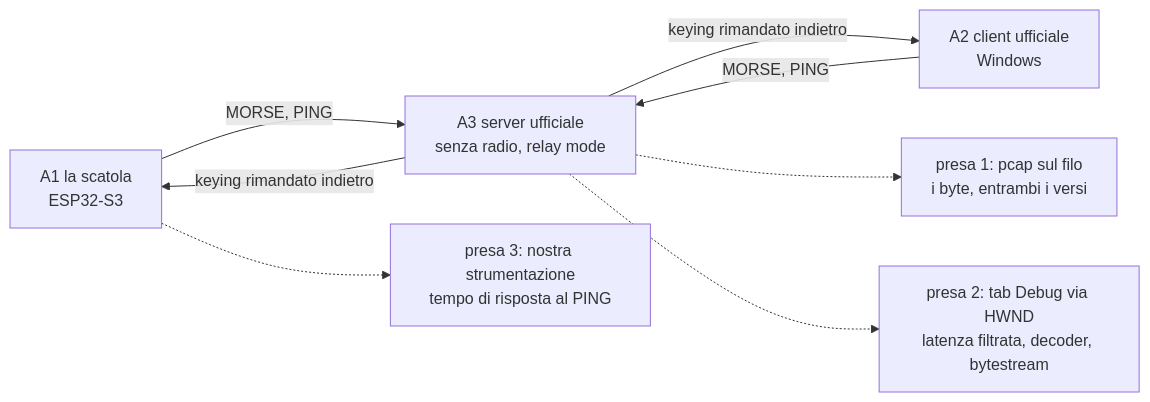
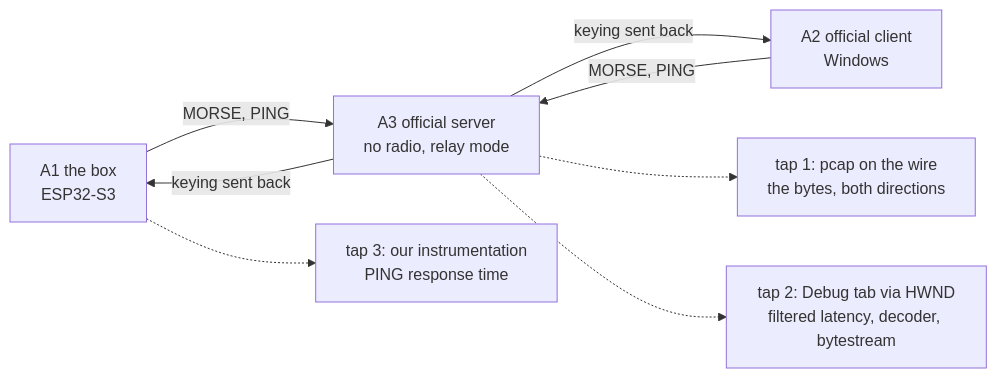
The diagram in docs/plans/2026-09-01-2157-feat-banco-prova-cwnet-plan.md (iu3qez/RemoteCWKeyer-esp32), drawn with Mermaid before and after one commit. The commit also changed other lines of this file and 31 other files, not shown here.

````diff
--- a/docs/plans/2026-09-01-2157-feat-banco-prova-cwnet-plan.md
+++ b/docs/plans/2026-09-01-2157-feat-banco-prova-cwnet-plan.md
@@ -90,19 +94,19 @@
 ```mermaid
 graph LR
-    BOX["A1 la scatola<br/>ESP32-S3"]
-    CLI["A2 client ufficiale<br/>Windows"]
-    SRV["A3 server ufficiale<br/>senza radio, relay mode"]
+    BOX["A1 the box<br/>ESP32-S3"]
+    CLI["A2 official client<br/>Windows"]
+    SRV["A3 official server<br/>no radio, relay mode"]
 
     BOX -- "MORSE, PING" --> SRV
     CLI -- "MORSE, PING" --> SRV
-    SRV -- "keying rimandato indietro" --> BOX
-    SRV -- "keying rimandato indietro" --> CLI
+    SRV -- "keying sent back" --> BOX
+    SRV -- "keying sent back" --> CLI
 
-    TAP1["presa 1: pcap sul filo<br/>i byte, entrambi i versi"]
-    TAP2["presa 2: tab Debug via HWND<br/>latenza filtrata, decoder, bytestream"]
-    TAP3["presa 3: nostra strumentazione<br/>tempo di risposta al PING"]
+    TAP1["tap 1: pcap on the wire<br/>the bytes, both directions"]
+    TAP2["tap 2: Debug tab via HWND<br/>filtered latency, decoder, bytestream"]
+    TAP3["tap 3: our instrumentation<br/>PING response time"]
 
     SRV -.-> TAP1
     SRV -.-> TAP2
     BOX -.-> TAP3
 ```
````
